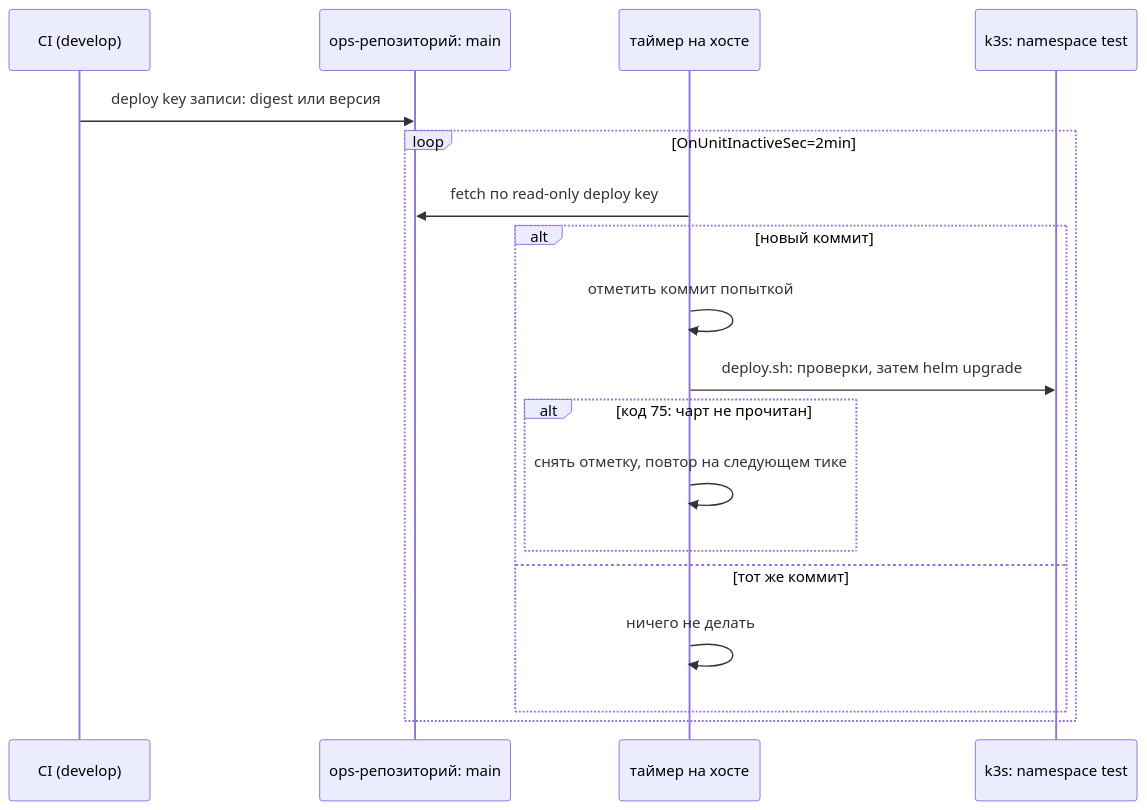
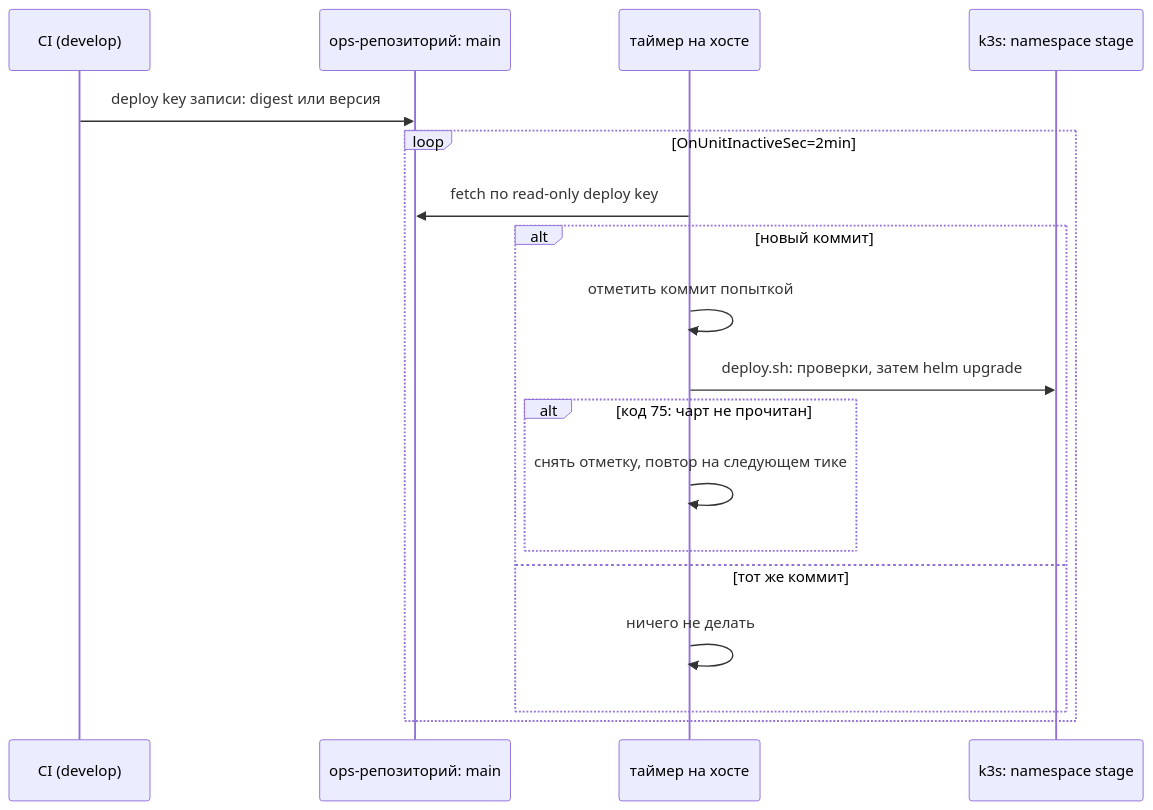
The diagram in docs/learning/self-hosting/autodeploy.md (Solguficky/solguficky-hub), drawn with Mermaid before and after one commit. The commit also changed 16 other files, not shown here.

Commit message:
ci: Rename stage environment paths from test to stage

````diff
--- a/docs/learning/self-hosting/autodeploy.md
+++ b/docs/learning/self-hosting/autodeploy.md
@@ -105,20 +105,20 @@
 ```mermaid
 sequenceDiagram
     participant CI as CI (develop)
     participant O as ops-репозиторий: main
     participant T as таймер на хосте
-    participant K as k3s: namespace test
+    participant K as k3s: namespace stage
     CI->>O: deploy key записи: digest или версия
     loop OnUnitInactiveSec=2min
         T->>O: fetch по read-only deploy key
         alt новый коммит
             T->>T: отметить коммит попыткой
             T->>K: deploy.sh: проверки, затем helm upgrade
             alt код 75: чарт не прочитан
                 T->>T: снять отметку, повтор на следующем тике
             end
         else тот же коммит
             T->>T: ничего не делать
         end
     end
 ```
````
